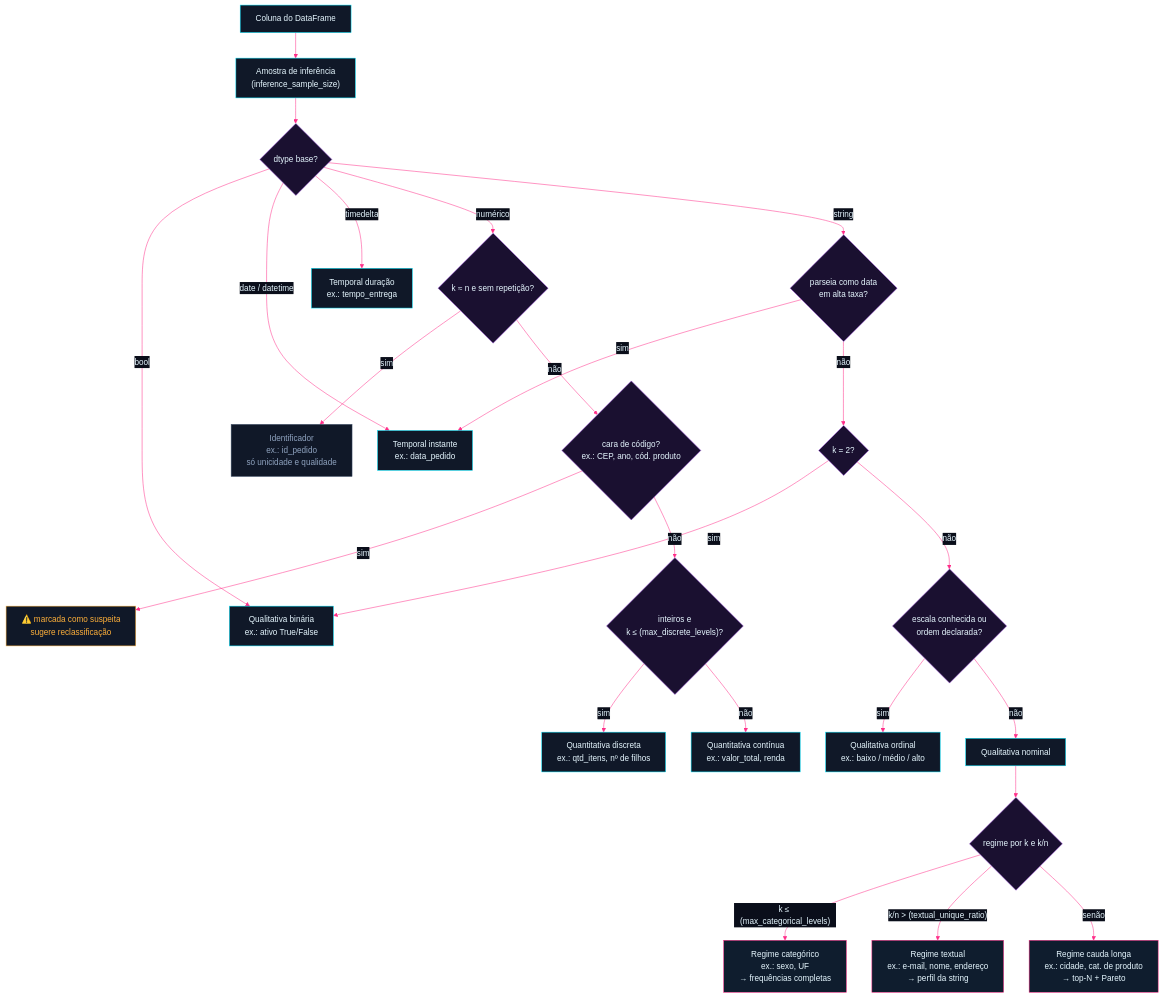
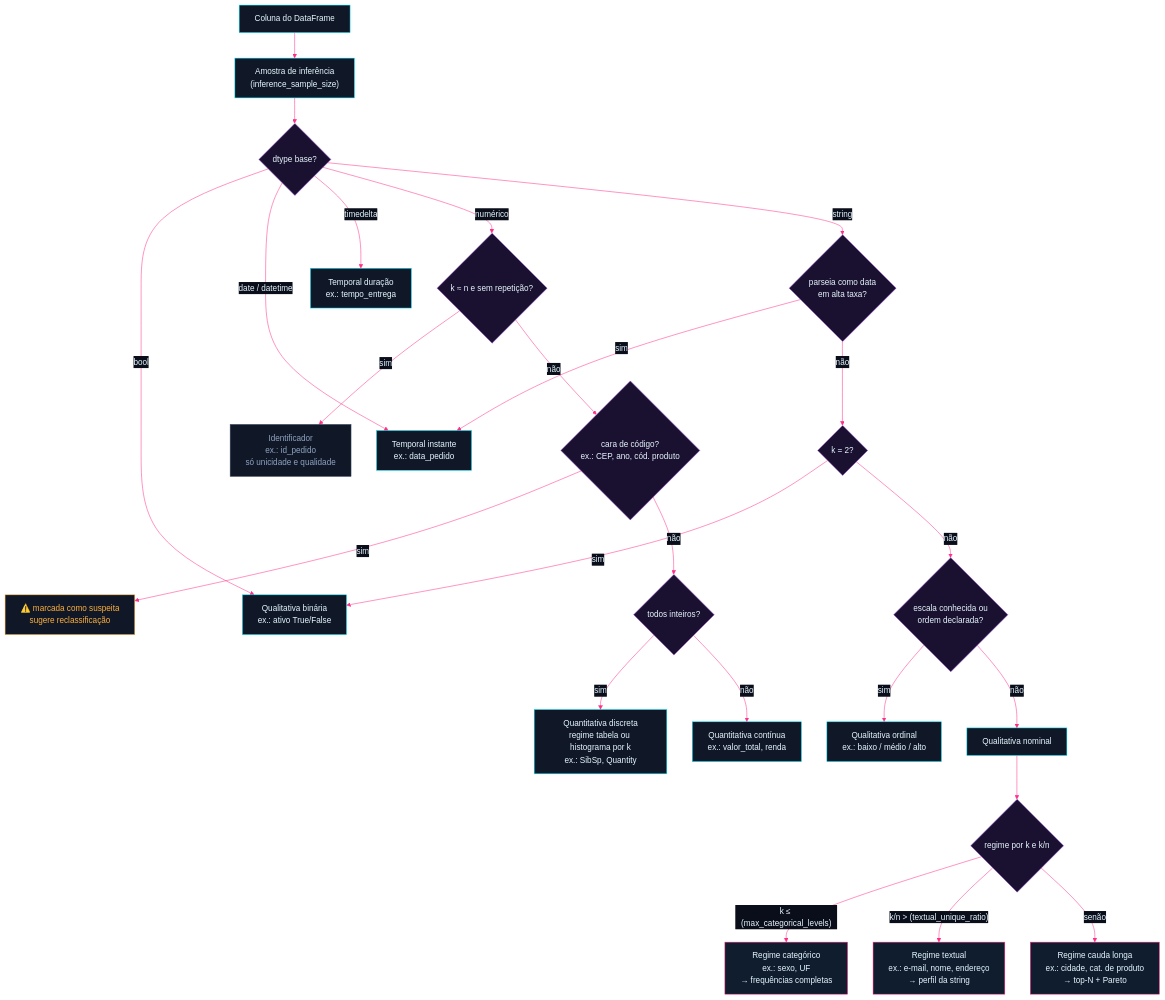
One commit to SamNKB/maat changed the first of 2 diagrams in docs/fluxo-de-analises.md. Above: the diagram before and after it, drawn with Mermaid. The commit also changed other lines of this file and 3 other files, not shown here.

First line of the commit message:
Quantitativa discreta consolidada: regimes tabela/histograma, camadas e subpágina

````diff
--- a/docs/fluxo-de-analises.md
+++ b/docs/fluxo-de-analises.md
@@ -24,42 +24,42 @@
 ```mermaid
 %%{init: {'theme':'base','themeVariables':{'primaryColor':'#101828','primaryTextColor':'#E6F7FF','primaryBorderColor':'#00E5FF','lineColor':'#FF2E88','textColor':'#E6F7FF','edgeLabelBackground':'#0A0E1A','fontFamily':'Rajdhani, Segoe UI, sans-serif'}}}%%
 flowchart TD
     A[Coluna do DataFrame] --> S["Amostra de inferência<br/>(inference_sample_size)"]
     S --> B{dtype base?}
 
     B -->|bool| BIN["Qualitativa binária<br/>ex.: ativo True/False"]
     B -->|date / datetime| T1["Temporal instante<br/>ex.: data_pedido"]
     B -->|timedelta| T2["Temporal duração<br/>ex.: tempo_entrega"]
 
     B -->|numérico| N1{"k ≈ n e sem repetição?"}
     N1 -->|sim| ID["Identificador<br/>ex.: id_pedido<br/>só unicidade e qualidade"]
     N1 -->|não| N2{"cara de código?<br/>ex.: CEP, ano, cód. produto"}
     N2 -->|sim| WARN["⚠️ marcada como suspeita<br/>sugere reclassificação"]
-    N2 -->|não| N3{"inteiros e<br/>k ≤ (max_discrete_levels)?"}
-    N3 -->|sim| DIS["Quantitativa discreta<br/>ex.: qtd_itens, nº de filhos"]
+    N2 -->|não| N3{"todos inteiros?"}
+    N3 -->|sim| DIS["Quantitativa discreta<br/>regime tabela ou histograma por k<br/>ex.: SibSp, Quantity"]
     N3 -->|não| CON["Quantitativa contínua<br/>ex.: valor_total, renda"]
 
     B -->|string| S1{"parseia como data<br/>em alta taxa?"}
     S1 -->|sim| T1
     S1 -->|não| S2{"k = 2?"}
     S2 -->|sim| BIN
     S2 -->|não| S3{"escala conhecida ou<br/>ordem declarada?"}
     S3 -->|sim| ORD["Qualitativa ordinal<br/>ex.: baixo / médio / alto"]
     S3 -->|não| NOM[Qualitativa nominal]
 
     NOM --> R{"regime por k e k/n"}
     R -->|"k ≤ (max_categorical_levels)"| RC["Regime categórico<br/>ex.: sexo, UF<br/>→ frequências completas"]
     R -->|"k/n > (textual_unique_ratio)"| RT["Regime textual<br/>ex.: e-mail, nome, endereço<br/>→ perfil da string"]
     R -->|senão| RL["Regime cauda longa<br/>ex.: cidade, cat. de produto<br/>→ top-N + Pareto"]
 
     classDef tipo fill:#101828,stroke:#00E5FF,color:#E6F7FF
     classDef decisao fill:#1A1030,stroke:#9D4EDD,color:#E6F7FF
     classDef aviso fill:#101828,stroke:#FFB03A,color:#FFB03A
     classDef neutro fill:#101828,stroke:#3A4A63,color:#8FA3BF
     classDef regime fill:#0F1D2E,stroke:#FF2E88,color:#E6F7FF
     class A,S,BIN,T1,T2,DIS,CON,ORD,NOM tipo
     class B,N1,N2,N3,S1,S2,S3,R decisao
     class WARN aviso
     class ID neutro
     class RC,RT,RL regime
 ```
````
